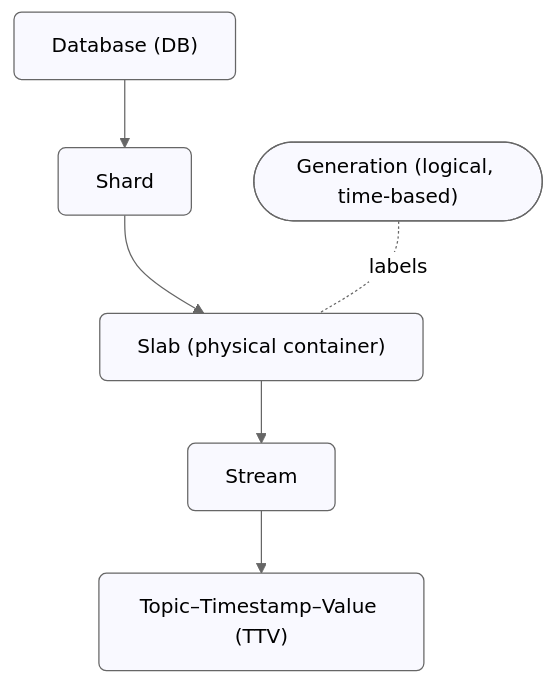
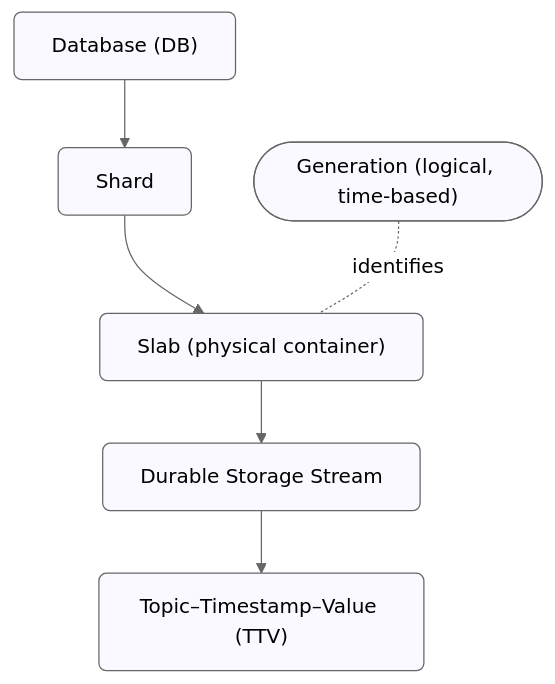
One commit to emqx/emqx-docs changed the diagram in ja_JP/design/durable-storage.md. Above: the diagram before and after it, drawn with Mermaid (neutral theme). The commit also changed other lines of this file and 1 other file, not shown here.

````diff
--- a/ja_JP/design/durable-storage.md
+++ b/ja_JP/design/durable-storage.md
@@ -22,22 +26,22 @@
 ```mermaid
 flowchart TB
     %% Durable Storage Hierarchy Diagram
     DB["Database (DB)"]
     SH["Shard"]
     GEN(["Generation (logical, time-based)"])
     SL["Slab (physical container)"]
-    ST["Stream"]
+    ST["Durable Storage Stream"]
     TTV["Topic–Timestamp–Value (TTV)"]
 
     %% Main hierarchy
     DB --> SH --> SL --> ST --> TTV
 
     %% Logical relationship
-    GEN -. labels .- SL
+    GEN -. identifies .- SL
 
     %% Styling
     classDef box fill:#f9f9ff,stroke:#666,stroke-width:1px,rx:6,ry:6;
     class DB,SH,SL,ST,TTV,GEN box;
 
 
 ```
````
